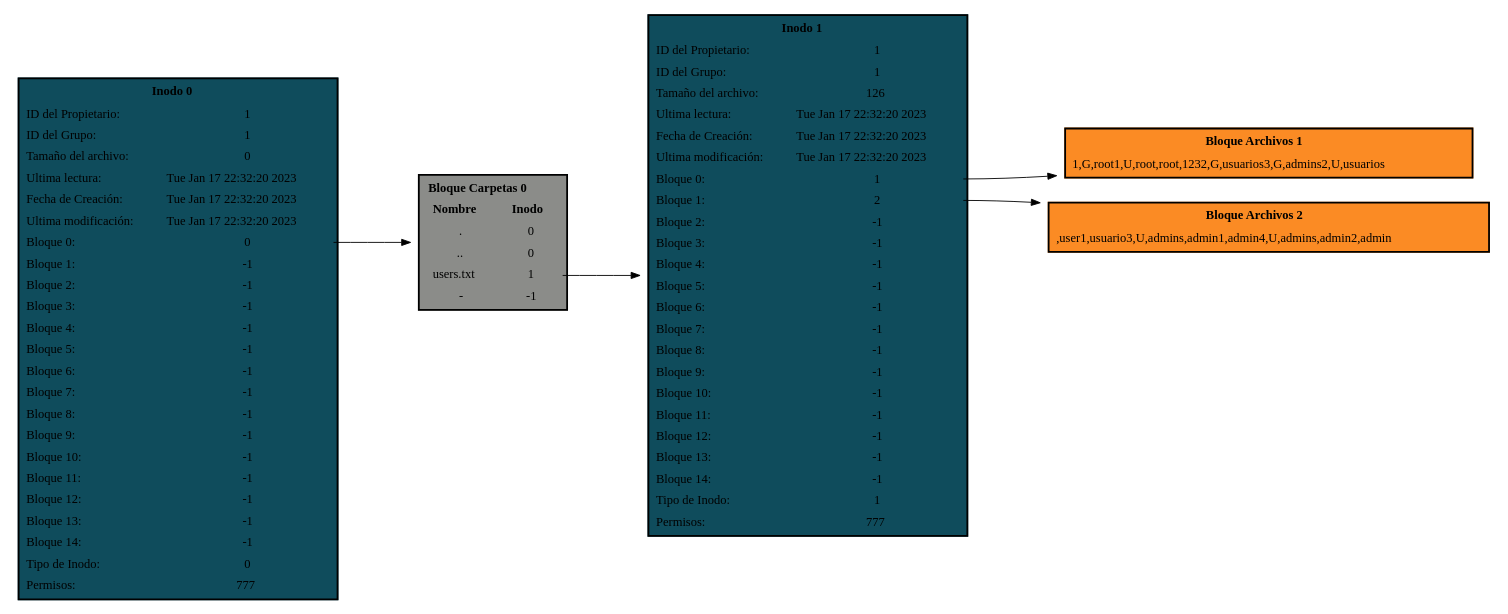
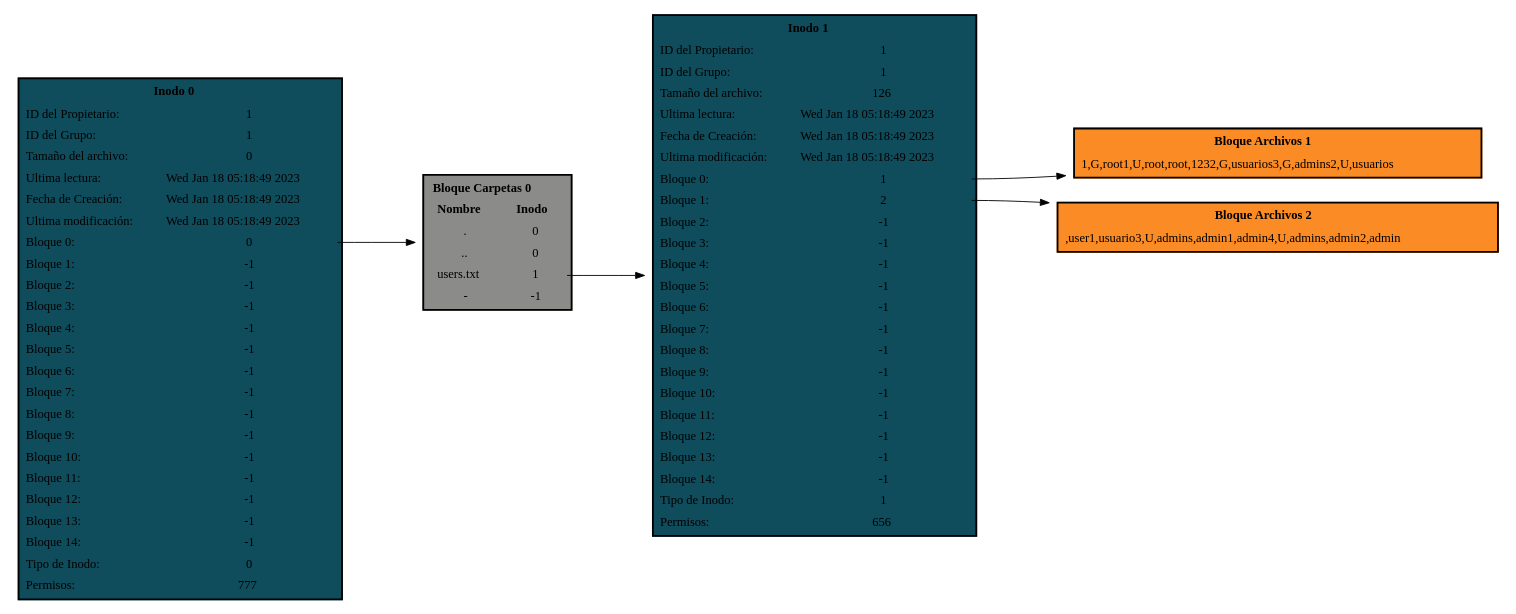
Before and after one commit to JJONK19/-MIA-P1_201909035: the diagram in grafo.dot, drawn with Graphviz. The commit also changed 10 other files, not shown here.

```diff
--- a/grafo.dot
+++ b/grafo.dot
@@ -1,35 +1,35 @@
 digraph G { 
  rankdir = LR; node[shape = plaintext];
 INODO0[ label = <<TABLE BORDER='2' CELLBORDER='0' CELLSPACING='5' BGCOLOR='#0f4c5c'>
 <TR><TD colspan ='2' ><b>Inodo 0</b></TD></TR>
-<TR><TD Align='left'>ID del Propietario:</TD><TD>1</TD></TR><TR><TD Align='left'>ID del Grupo:</TD><TD>1</TD></TR><TR><TD Align='left'>Tamaño del archivo:</TD><TD>0</TD></TR><TR><TD Align='left'>Ultima lectura:</TD><TD>Tue Jan 17 22:32:20 2023
-</TD></TR><TR><TD Align='left'>Fecha de Creación:</TD><TD>Tue Jan 17 22:32:20 2023
-</TD></TR><TR><TD Align='left'>Ultima modificación:</TD><TD>Tue Jan 17 22:32:20 2023
+<TR><TD Align='left'>ID del Propietario:</TD><TD>1</TD></TR><TR><TD Align='left'>ID del Grupo:</TD><TD>1</TD></TR><TR><TD Align='left'>Tamaño del archivo:</TD><TD>0</TD></TR><TR><TD Align='left'>Ultima lectura:</TD><TD>Wed Jan 18 05:18:49 2023
+</TD></TR><TR><TD Align='left'>Fecha de Creación:</TD><TD>Wed Jan 18 05:18:49 2023
+</TD></TR><TR><TD Align='left'>Ultima modificación:</TD><TD>Wed Jan 18 05:18:49 2023
 </TD></TR><TR><TD Align='left'>Bloque 0:</TD><TD PORT='P0'>0</TD></TR><TR><TD Align='left'>Bloque 1:</TD><TD PORT='P1'>-1</TD></TR><TR><TD Align='left'>Bloque 2:</TD><TD PORT='P2'>-1</TD></TR><TR><TD Align='left'>Bloque 3:</TD><TD PORT='P3'>-1</TD></TR><TR><TD Align='left'>Bloque 4:</TD><TD PORT='P4'>-1</TD></TR><TR><TD Align='left'>Bloque 5:</TD><TD PORT='P5'>-1</TD></TR><TR><TD Align='left'>Bloque 6:</TD><TD PORT='P6'>-1</TD></TR><TR><TD Align='left'>Bloque 7:</TD><TD PORT='P7'>-1</TD></TR><TR><TD Align='left'>Bloque 8:</TD><TD PORT='P8'>-1</TD></TR><TR><TD Align='left'>Bloque 9:</TD><TD PORT='P9'>-1</TD></TR><TR><TD Align='left'>Bloque 10:</TD><TD PORT='P10'>-1</TD></TR><TR><TD Align='left'>Bloque 11:</TD><TD PORT='P11'>-1</TD></TR><TR><TD Align='left'>Bloque 12:</TD><TD PORT='P12'>-1</TD></TR><TR><TD Align='left'>Bloque 13:</TD><TD PORT='P13'>-1</TD></TR><TR><TD Align='left'>Bloque 14:</TD><TD PORT='P14'>-1</TD></TR><TR><TD Align='left'>Tipo de Inodo:</TD><TD>0</TD></TR><TR><TD Align='left'>Permisos:</TD><TD>777</TD></TR></TABLE>>];
 BLOQUE0[ label = <<TABLE BORDER='2' CELLBORDER='0' CELLSPACING='5' BGCOLOR='#8b8c89'>
 <TR><TD colspan ='2' ><b>Bloque Carpetas 0</b></TD></TR>
 <TR><TD><b>Nombre</b></TD><TD><b>Inodo</b></TD></TR><TR><TD>.</TD><TD PORT='P0'>0</TD></TR><TR><TD>..</TD><TD PORT='P1'>0</TD></TR><TR><TD>users.txt</TD><TD PORT='P2'>1</TD></TR><TR><TD>-</TD><TD PORT='P3'>-1</TD></TR></TABLE>>];
 INODO0:P0->BLOQUE0[minlen = 2];
 INODO1[ label = <<TABLE BORDER='2' CELLBORDER='0' CELLSPACING='5' BGCOLOR='#0f4c5c'>
 <TR><TD colspan ='2' ><b>Inodo 1</b></TD></TR>
-<TR><TD Align='left'>ID del Propietario:</TD><TD>1</TD></TR><TR><TD Align='left'>ID del Grupo:</TD><TD>1</TD></TR><TR><TD Align='left'>Tamaño del archivo:</TD><TD>126</TD></TR><TR><TD Align='left'>Ultima lectura:</TD><TD>Tue Jan 17 22:32:20 2023
-</TD></TR><TR><TD Align='left'>Fecha de Creación:</TD><TD>Tue Jan 17 22:32:20 2023
-</TD></TR><TR><TD Align='left'>Ultima modificación:</TD><TD>Tue Jan 17 22:32:20 2023
-</TD></TR><TR><TD Align='left'>Bloque 0:</TD><TD PORT='P0'>1</TD></TR><TR><TD Align='left'>Bloque 1:</TD><TD PORT='P1'>2</TD></TR><TR><TD Align='left'>Bloque 2:</TD><TD PORT='P2'>-1</TD></TR><TR><TD Align='left'>Bloque 3:</TD><TD PORT='P3'>-1</TD></TR><TR><TD Align='left'>Bloque 4:</TD><TD PORT='P4'>-1</TD></TR><TR><TD Align='left'>Bloque 5:</TD><TD PORT='P5'>-1</TD></TR><TR><TD Align='left'>Bloque 6:</TD><TD PORT='P6'>-1</TD></TR><TR><TD Align='left'>Bloque 7:</TD><TD PORT='P7'>-1</TD></TR><TR><TD Align='left'>Bloque 8:</TD><TD PORT='P8'>-1</TD></TR><TR><TD Align='left'>Bloque 9:</TD><TD PORT='P9'>-1</TD></TR><TR><TD Align='left'>Bloque 10:</TD><TD PORT='P10'>-1</TD></TR><TR><TD Align='left'>Bloque 11:</TD><TD PORT='P11'>-1</TD></TR><TR><TD Align='left'>Bloque 12:</TD><TD PORT='P12'>-1</TD></TR><TR><TD Align='left'>Bloque 13:</TD><TD PORT='P13'>-1</TD></TR><TR><TD Align='left'>Bloque 14:</TD><TD PORT='P14'>-1</TD></TR><TR><TD Align='left'>Tipo de Inodo:</TD><TD>1</TD></TR><TR><TD Align='left'>Permisos:</TD><TD>777</TD></TR></TABLE>>];
+<TR><TD Align='left'>ID del Propietario:</TD><TD>1</TD></TR><TR><TD Align='left'>ID del Grupo:</TD><TD>1</TD></TR><TR><TD Align='left'>Tamaño del archivo:</TD><TD>126</TD></TR><TR><TD Align='left'>Ultima lectura:</TD><TD>Wed Jan 18 05:18:49 2023
+</TD></TR><TR><TD Align='left'>Fecha de Creación:</TD><TD>Wed Jan 18 05:18:49 2023
+</TD></TR><TR><TD Align='left'>Ultima modificación:</TD><TD>Wed Jan 18 05:18:49 2023
+</TD></TR><TR><TD Align='left'>Bloque 0:</TD><TD PORT='P0'>1</TD></TR><TR><TD Align='left'>Bloque 1:</TD><TD PORT='P1'>2</TD></TR><TR><TD Align='left'>Bloque 2:</TD><TD PORT='P2'>-1</TD></TR><TR><TD Align='left'>Bloque 3:</TD><TD PORT='P3'>-1</TD></TR><TR><TD Align='left'>Bloque 4:</TD><TD PORT='P4'>-1</TD></TR><TR><TD Align='left'>Bloque 5:</TD><TD PORT='P5'>-1</TD></TR><TR><TD Align='left'>Bloque 6:</TD><TD PORT='P6'>-1</TD></TR><TR><TD Align='left'>Bloque 7:</TD><TD PORT='P7'>-1</TD></TR><TR><TD Align='left'>Bloque 8:</TD><TD PORT='P8'>-1</TD></TR><TR><TD Align='left'>Bloque 9:</TD><TD PORT='P9'>-1</TD></TR><TR><TD Align='left'>Bloque 10:</TD><TD PORT='P10'>-1</TD></TR><TR><TD Align='left'>Bloque 11:</TD><TD PORT='P11'>-1</TD></TR><TR><TD Align='left'>Bloque 12:</TD><TD PORT='P12'>-1</TD></TR><TR><TD Align='left'>Bloque 13:</TD><TD PORT='P13'>-1</TD></TR><TR><TD Align='left'>Bloque 14:</TD><TD PORT='P14'>-1</TD></TR><TR><TD Align='left'>Tipo de Inodo:</TD><TD>1</TD></TR><TR><TD Align='left'>Permisos:</TD><TD>656</TD></TR></TABLE>>];
 BLOQUE0:P2->INODO1[minlen = 2];
 BLOQUE1[ label = <<TABLE BORDER='2' CELLBORDER='0' CELLSPACING='5' BGCOLOR='#fb8b24'>
 <TR><TD><b>Bloque Archivos 1</b></TD></TR>
 <TR><TD>1,G,root
 1,U,root,root,123
 2,G,usuarios
 3,G,admins
 2,U,usuarios</TD></TR></TABLE>>];
 INODO1:P0->BLOQUE1[minlen = 2];
 BLOQUE2[ label = <<TABLE BORDER='2' CELLBORDER='0' CELLSPACING='5' BGCOLOR='#fb8b24'>
 <TR><TD><b>Bloque Archivos 2</b></TD></TR>
 <TR><TD>,user1,usuario
 3,U,admins,admin1,admin
 4,U,admins,admin2,admin
 </TD></TR></TABLE>>];
 INODO1:P1->BLOQUE2[minlen = 2];
 }
```
